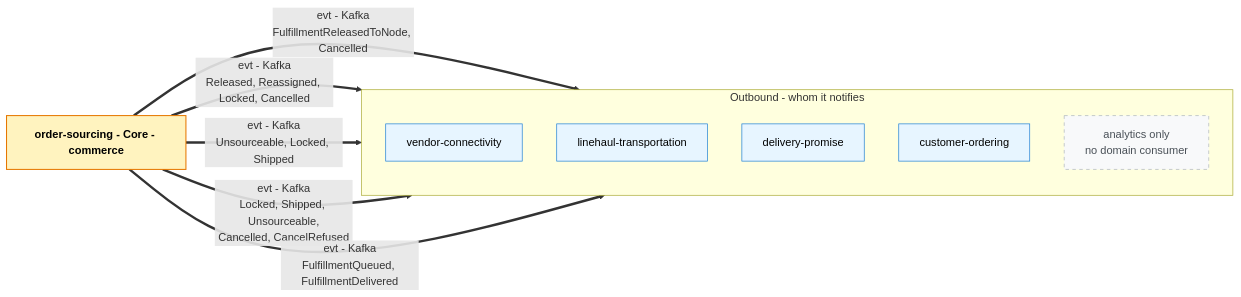
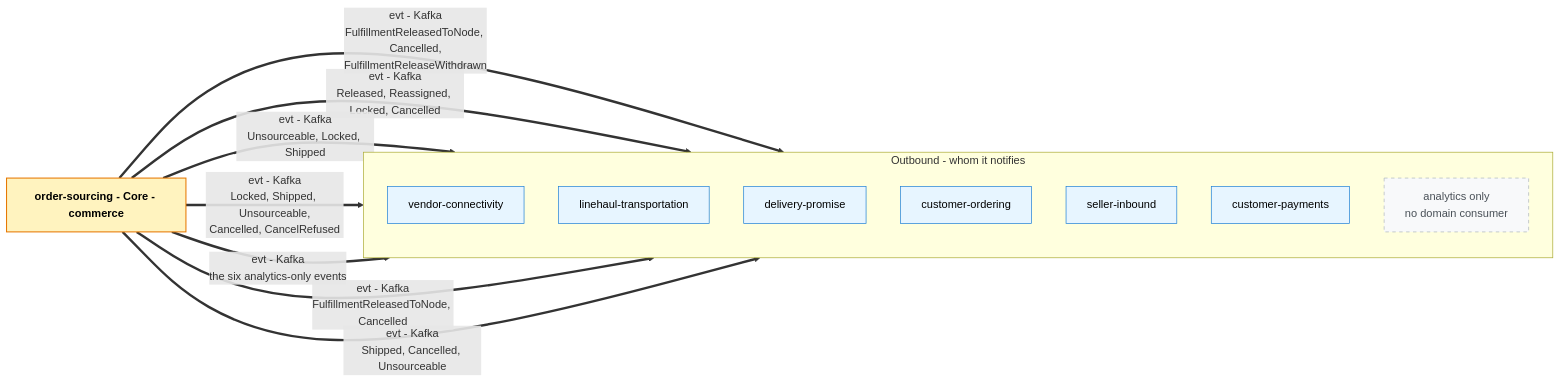
The second of 2 diagrams in docs/docs/ddd/bounded-context-canvas.md (IQVO/order-sourcing), drawn with Mermaid before and after one commit. The commit also changed other lines of this file and 17 other files, not shown here.

````diff
--- a/docs/docs/ddd/bounded-context-canvas.md
+++ b/docs/docs/ddd/bounded-context-canvas.md
@@ -67,20 +67,24 @@
 ```mermaid
 flowchart LR
     classDef bc fill:#fff3bf,stroke:#e67700,stroke-width:1.5px,color:#000
     classDef ctx fill:#e7f5ff,stroke:#1c7ed6,color:#000
     classDef none fill:#f8f9fa,stroke:#adb5bd,stroke-dasharray:5 5,color:#495057
     BC["<b>order-sourcing - Core - commerce</b>"]:::bc
     subgraph OUT["Outbound - whom it notifies"]
         direction TB
         out0["vendor-connectivity"]:::ctx
         out1["linehaul-transportation"]:::ctx
         out2["delivery-promise"]:::ctx
         out3["customer-ordering"]:::ctx
+        out5["seller-inbound"]:::ctx
+        out6["customer-payments"]:::ctx
         out4["analytics only<br/>no domain consumer"]:::none
     end
-    BC ==>|"evt - Kafka<br/>FulfillmentReleasedToNode, Cancelled"| out0
+    BC ==>|"evt - Kafka<br/>FulfillmentReleasedToNode, Cancelled,<br/>FulfillmentReleaseWithdrawn"| out0
     BC ==>|"evt - Kafka<br/>Released, Reassigned, Locked, Cancelled"| out1
     BC ==>|"evt - Kafka<br/>Unsourceable, Locked, Shipped"| out2
     BC ==>|"evt - Kafka<br/>Locked, Shipped, Unsourceable,<br/>Cancelled, CancelRefused"| out3
-    BC ==>|"evt - Kafka<br/>FulfillmentQueued, FulfillmentDelivered"| out4
+    BC ==>|"evt - Kafka<br/>the six analytics-only events"| out4
+    BC ==>|"evt - Kafka<br/>FulfillmentReleasedToNode, Cancelled"| out5
+    BC ==>|"evt - Kafka<br/>Shipped, Cancelled, Unsourceable"| out6
 ```
````
